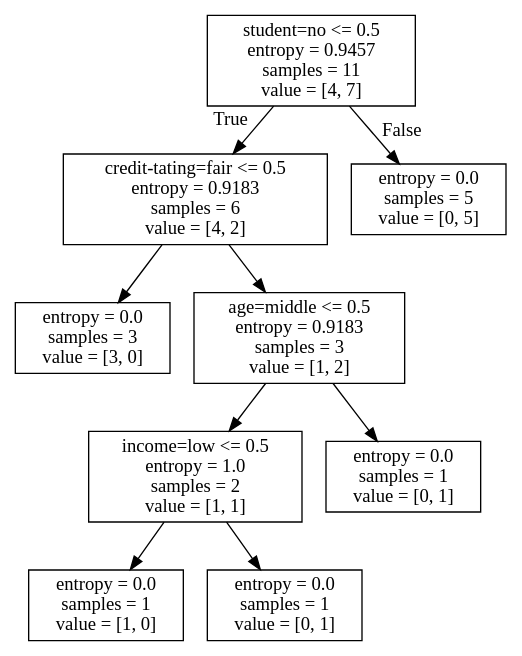
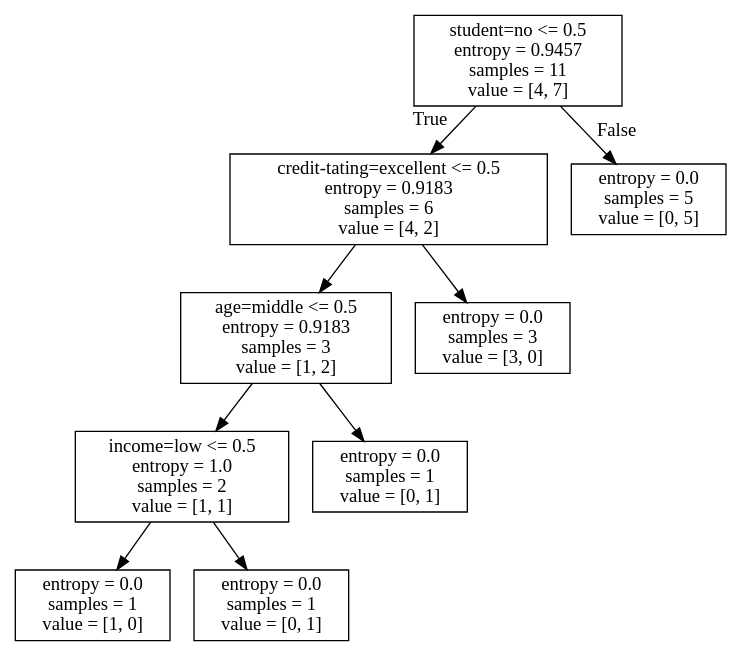
One commit to weizhen167/Deep-Learning changed the diagram in Decision tree/sample.dot. Above: the diagram before and after it, drawn with Graphviz. The commit also changed 4 other files, not shown here.

```diff
--- a/Decision tree/sample.dot
+++ b/Decision tree/sample.dot
@@ -1,20 +1,20 @@
 digraph Tree {
 node [shape=box] ;
 0 [label="student=no <= 0.5\nentropy = 0.9457\nsamples = 11\nvalue = [4, 7]"] ;
-1 [label="credit-tating=fair <= 0.5\nentropy = 0.9183\nsamples = 6\nvalue = [4, 2]"] ;
+1 [label="credit-tating=excellent <= 0.5\nentropy = 0.9183\nsamples = 6\nvalue = [4, 2]"] ;
 0 -> 1 [labeldistance=2.5, labelangle=45, headlabel="True"] ;
-2 [label="entropy = 0.0\nsamples = 3\nvalue = [3, 0]"] ;
+2 [label="age=middle <= 0.5\nentropy = 0.9183\nsamples = 3\nvalue = [1, 2]"] ;
 1 -> 2 ;
-3 [label="age=middle <= 0.5\nentropy = 0.9183\nsamples = 3\nvalue = [1, 2]"] ;
-1 -> 3 ;
-4 [label="income=low <= 0.5\nentropy = 1.0\nsamples = 2\nvalue = [1, 1]"] ;
+3 [label="income=low <= 0.5\nentropy = 1.0\nsamples = 2\nvalue = [1, 1]"] ;
+2 -> 3 ;
+4 [label="entropy = 0.0\nsamples = 1\nvalue = [1, 0]"] ;
 3 -> 4 ;
-5 [label="entropy = 0.0\nsamples = 1\nvalue = [1, 0]"] ;
-4 -> 5 ;
+5 [label="entropy = 0.0\nsamples = 1\nvalue = [0, 1]"] ;
+3 -> 5 ;
 6 [label="entropy = 0.0\nsamples = 1\nvalue = [0, 1]"] ;
-4 -> 6 ;
-7 [label="entropy = 0.0\nsamples = 1\nvalue = [0, 1]"] ;
-3 -> 7 ;
+2 -> 6 ;
+7 [label="entropy = 0.0\nsamples = 3\nvalue = [3, 0]"] ;
+1 -> 7 ;
 8 [label="entropy = 0.0\nsamples = 5\nvalue = [0, 5]"] ;
 0 -> 8 [labeldistance=2.5, labelangle=-45, headlabel="False"] ;
 }
```
